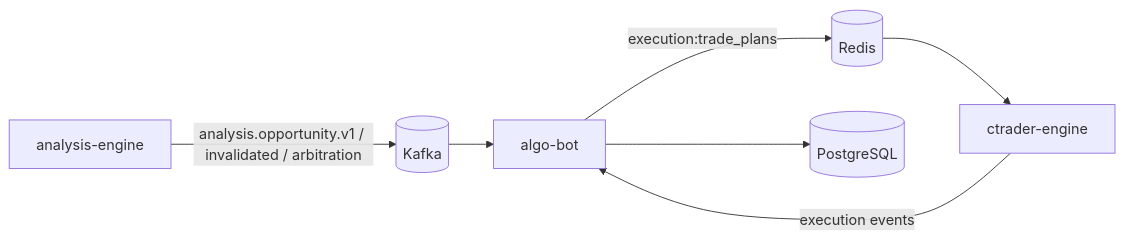
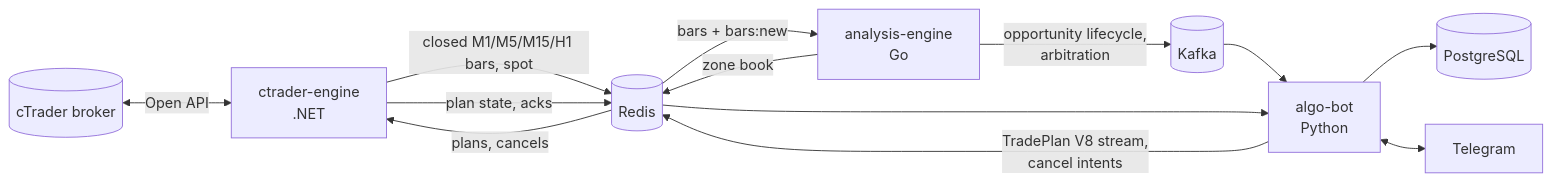
One commit to st-mich43l/apexvoid-trading-bot changed the first of 2 diagrams in docs/architecture.md. Above: the diagram before and after it, drawn with Mermaid. The commit also changed other lines of this file and 52 other files, not shown here.

First line of the commit message:
docs: purge audit reports, add Mermaid architecture and logic diagrams

````diff
--- a/docs/architecture.md
+++ b/docs/architecture.md
@@ -41,9 +9,15 @@
 ```mermaid
 flowchart LR
-  AE[analysis-engine] -->|analysis.opportunity.v1 / invalidated / arbitration| K[(Kafka)]
-  K --> AB[algo-bot]
-  AB -->|execution:trade_plans| R[(Redis)]
-  R --> CE[ctrader-engine]
-  CE -->|execution events| AB
+  BRK[(cTrader broker)] <-->|Open API| CE["ctrader-engine<br/>.NET"]
+  CE -->|closed M1/M5/M15/H1 bars, spot| R[(Redis)]
+  R -->|bars + bars:new| AE["analysis-engine<br/>Go"]
+  AE -->|zone book| R
+  AE -->|opportunity lifecycle,<br/>arbitration| K[(Kafka)]
+  K --> AB["algo-bot<br/>Python"]
+  AB -->|TradePlan V8 stream,<br/>cancel intents| R
+  R -->|plans, cancels| CE
+  CE -->|plan state, acks| R
+  R --> AB
   AB --> PG[(PostgreSQL)]
+  AB <--> TG[Telegram]
 ```
````
